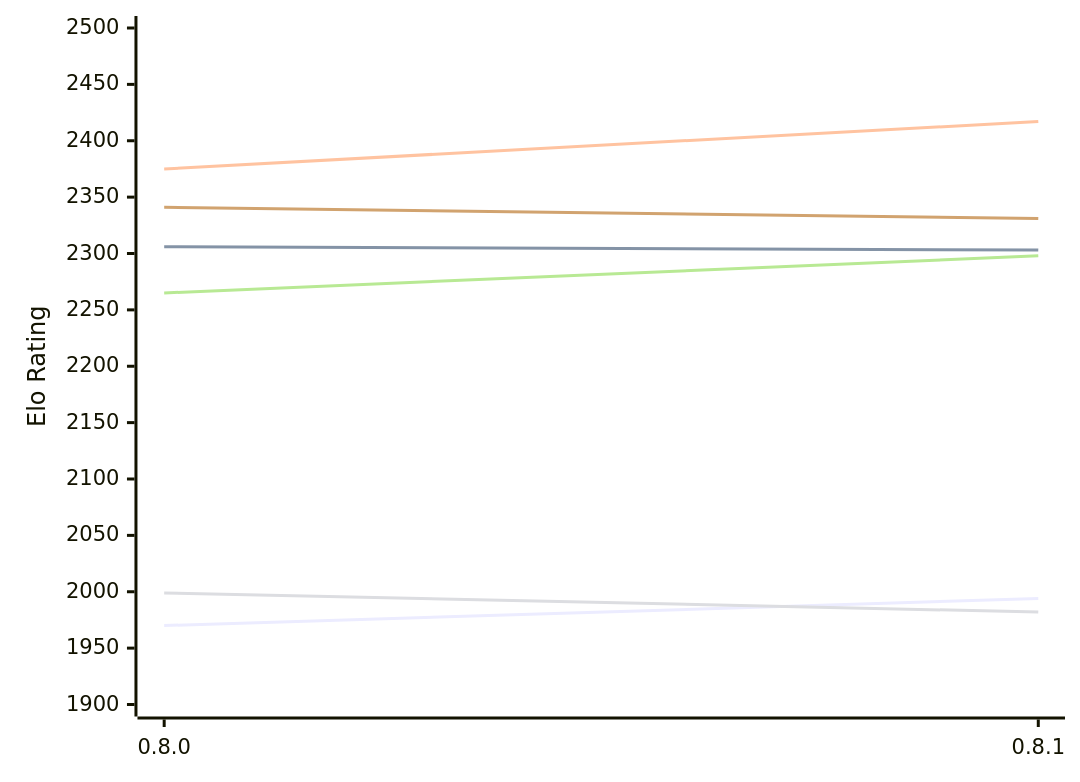
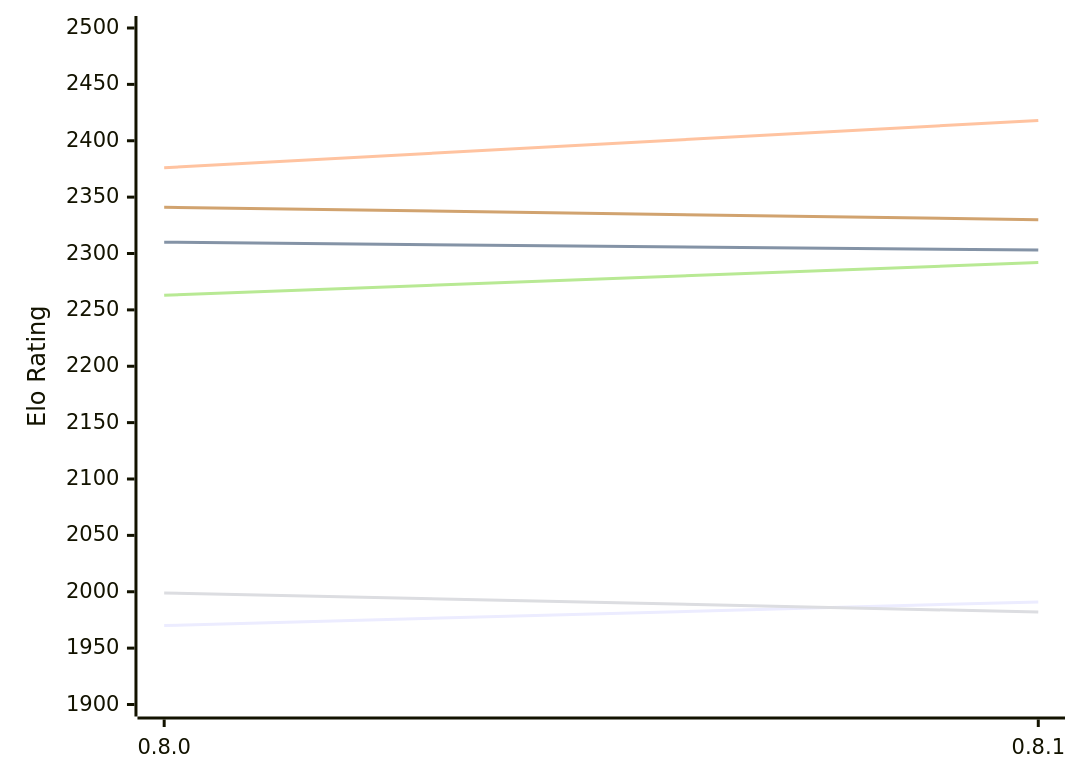
Before and after one commit to computer-chess-index/cci: the diagram in engines/LittleWing.md, drawn with Mermaid. The commit also changed other lines of this file, not shown here.

Commit message:
Update CCI Ratings (ELO VLTC) - 2026-11-22

````diff
--- a/engines/LittleWing.md
+++ b/engines/LittleWing.md
@@ -49,12 +49,12 @@
 ```mermaid
 %%{init: {"theme":"base","themeVariables":{"seriesColors:['#a3a3a3','#222221','#faa371']}}}%%
 xychart-beta
   x-axis ["0.8.0", "0.8.1"]
   y-axis "Elo Rating" 1900 --> 2500
-  line "E1: STC (8.0+0.08s)" [1970, 1994]
-  line "E1: LTC (60.0+0.60s)" [2306, 2303]
-  line "E1: VLTC (2m24s+1.12s)" [2375, 2417]
+  line "E1: STC (8.0+0.08s)" [1970, 1991]
+  line "E1: LTC (60.0+0.60s)" [2310, 2303]
+  line "E1: VLTC (2m24s+1.12s)" [2376, 2418]
   line "P1: STC (8.0+0.08s)" [1999, 1982]
-  line "P1: LTC (60.0+0.60s)" [2265, 2298]
-  line "P1: VLTC (2m24s+1.12s)" [2341, 2331]
+  line "P1: LTC (60.0+0.60s)" [2263, 2292]
+  line "P1: VLTC (2m24s+1.12s)" [2341, 2330]
 ```
````
